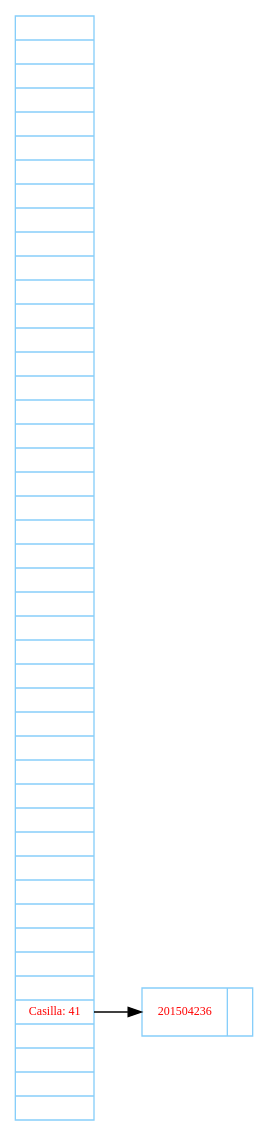
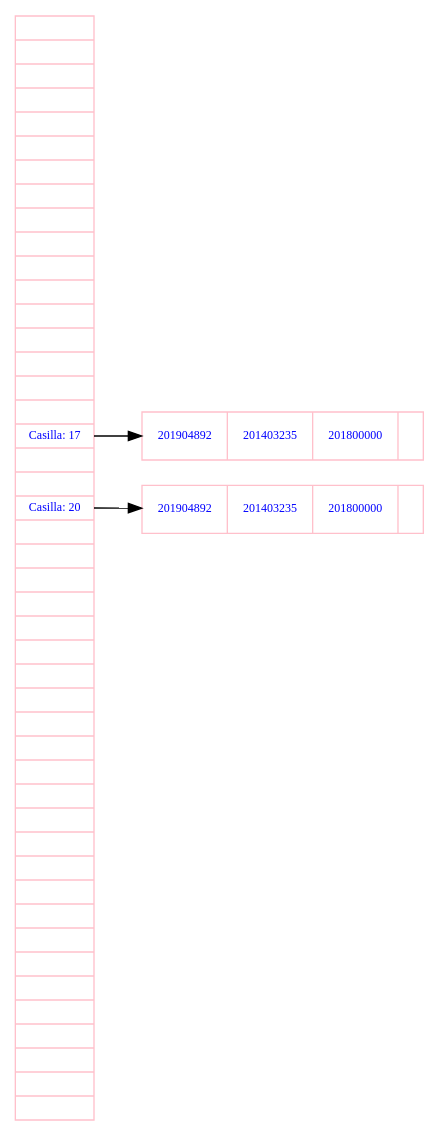
One commit to AdriGomez95/EDD_1S2020_PY2_201504236 changed the diagram in Proyecto2/TablaDispersa.dot. Above: the diagram before and after it, drawn with Graphviz. The commit also changed 51 other files, not shown here.

```diff
--- a/Proyecto2/TablaDispersa.dot
+++ b/Proyecto2/TablaDispersa.dot
@@ -1,8 +1,10 @@
 digraph G{
- node[shape=record fontsize=9 fontcolor=red color= lightskyblue fontname = Verdana];
+ node[shape=record fontsize=9 fontcolor=blue color= pink fontname = Verdana];
  rankdir=LR;
-nodeR[label="<p0>|<p1>|<p2>|<p3>|<p4>|<p5>|<p6>|<p7>|<p8>|<p9>|<p10>|<p11>|<p12>|<p13>|<p14>|<p15>|<p16>|<p17>|<p18>|<p19>|<p20>|<p21>|<p22>|<p23>|<p24>|<p25>|<p26>|<p27>|<p28>|<p29>|<p30>|<p31>|<p32>|<p33>|<p34>|<p35>|<p36>|<p37>|<p38>|<p39>|<p40>|<p41>Casilla: 41|<p42>|<p43>|<p44>|"];
-node41[label="{<p0>201504236|}"];
-nodeR:p41->node41;
+nodeR[label="<p0>|<p1>|<p2>|<p3>|<p4>|<p5>|<p6>|<p7>|<p8>|<p9>|<p10>|<p11>|<p12>|<p13>|<p14>|<p15>|<p16>|<p17>Casilla: 17|<p18>|<p19>|<p20>Casilla: 20|<p21>|<p22>|<p23>|<p24>|<p25>|<p26>|<p27>|<p28>|<p29>|<p30>|<p31>|<p32>|<p33>|<p34>|<p35>|<p36>|<p37>|<p38>|<p39>|<p40>|<p41>|<p42>|<p43>|<p44>|"];
+node17[label="{<p0>201904892|<p1>201403235|<p2>201800000|}"];
+nodeR:p17->node17;
+node20[label="{<p0>201904892|<p1>201403235|<p2>201800000|}"];
+nodeR:p20->node20;
 
 }
```
